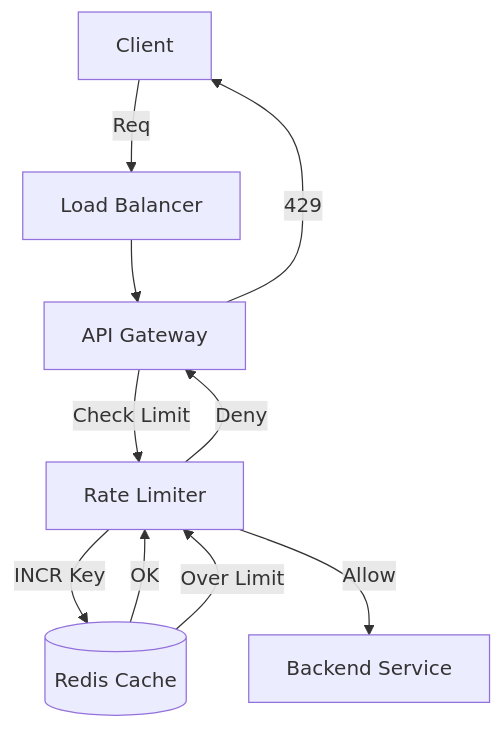
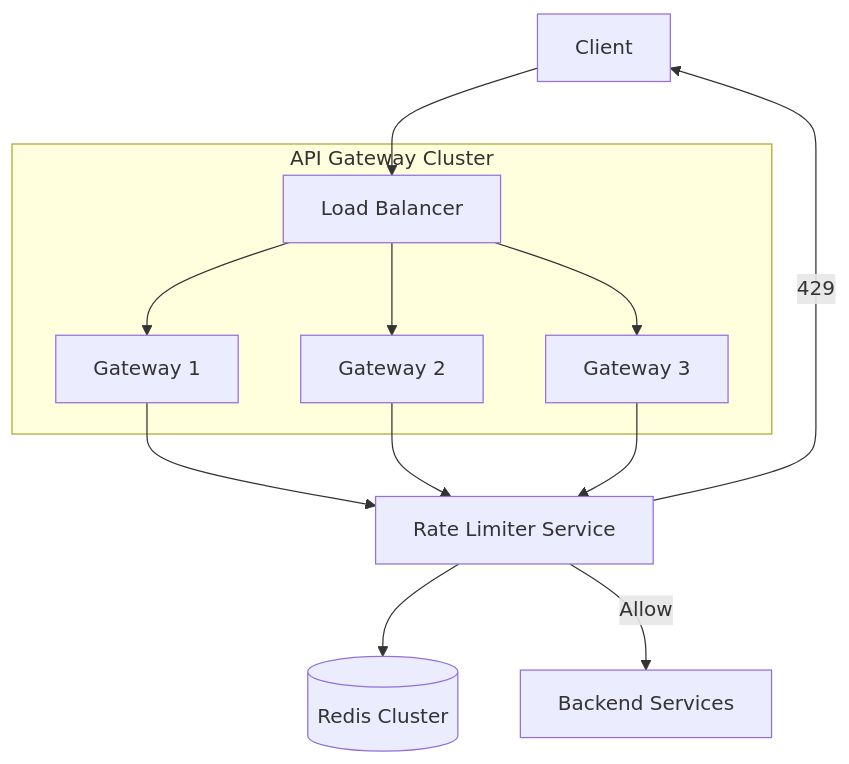
One commit to Aakash-Kumar-Goryan/TECH-INTERVIEWS changed the second of 3 diagrams in HLD/Detailed_Study/09_Design_8_Rate_Limiter_System.md. Above: the diagram before and after it, drawn with Mermaid. The commit also changed other lines of this file and 53 other files, not shown here.

````diff
--- a/HLD/Detailed_Study/09_Design_8_Rate_Limiter_System.md
+++ b/HLD/Detailed_Study/09_Design_8_Rate_Limiter_System.md
@@ -33,15 +201,19 @@
 ```mermaid
 graph TD
-    Client -->|Req| LB[Load Balancer]
-    LB --> API[API Gateway]
+    Client --> LB[Load Balancer]
     
-    API -->|Check Limit| RL[Rate Limiter]
-    RL -->|INCR Key| Redis[(Redis Cache)]
+    subgraph "API Gateway Cluster"
+        LB --> GW1[Gateway 1]
+        LB --> GW2[Gateway 2]
+        LB --> GW3[Gateway 3]
+    end
     
-    Redis -- OK --> RL
-    Redis -- Over Limit --> RL
+    GW1 --> RL[Rate Limiter Service]
+    GW2 --> RL
+    GW3 --> RL
     
-    RL -- Allow --> Service[Backend Service]
-    RL -- Deny --> API
-    API -- 429 --> Client
+    RL --> Redis[(Redis Cluster)]
+    
+    RL -->|Allow| Backend[Backend Services]
+    RL -->|429| Client
 ```
````
